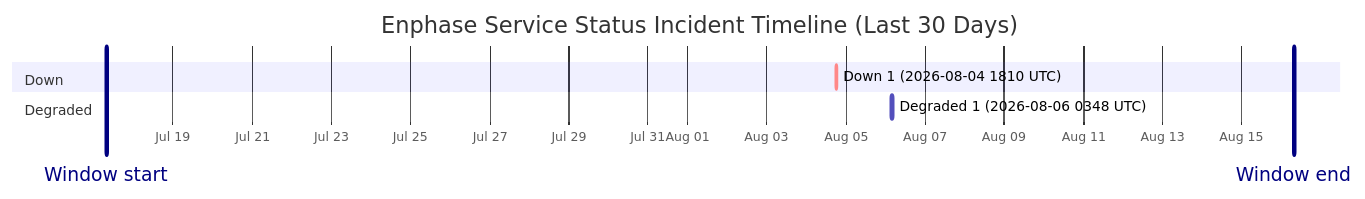
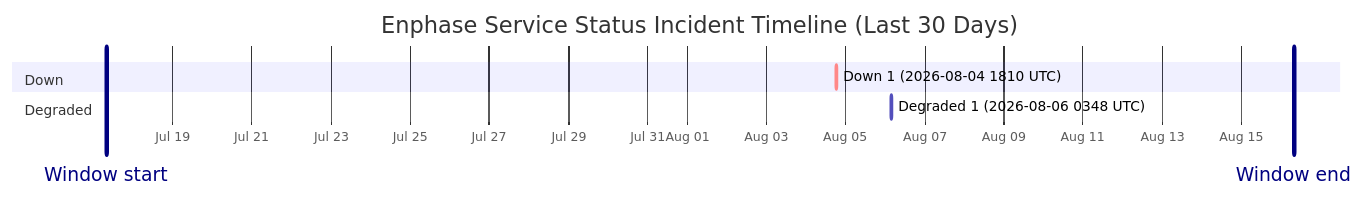
The diagram in wiki/Service-Status-History.md (barneyonline/ha-enphase-energy), drawn with Mermaid before and after one commit. The commit also changed other lines of this file and 3 other files, not shown here.

````diff
--- a/wiki/Service-Status-History.md
+++ b/wiki/Service-Status-History.md
@@ -14,12 +14,12 @@
 ```mermaid
 gantt
     title Enphase Service Status Incident Timeline (Last 30 Days)
     dateFormat  YYYY-MM-DDTHH:mm:ss
     axisFormat  %b %d
-    Window start :vert, window-start, 2026-07-17T07:28:50, 0ms
-    Window end :vert, window-end, 2026-08-16T07:28:50, 0ms
+    Window start :vert, window-start, 2026-07-17T07:54:56, 0ms
+    Window end :vert, window-end, 2026-08-16T07:54:56, 0ms
     section Down
     Down 1 (2026-08-04 1810 UTC) :crit, down-1, 2026-08-04T18:10:46, 60m
     section Degraded
     Degraded 1 (2026-08-06 0348 UTC) :active, degraded-1, 2026-08-06T03:48:14, 60m
 ```
````
